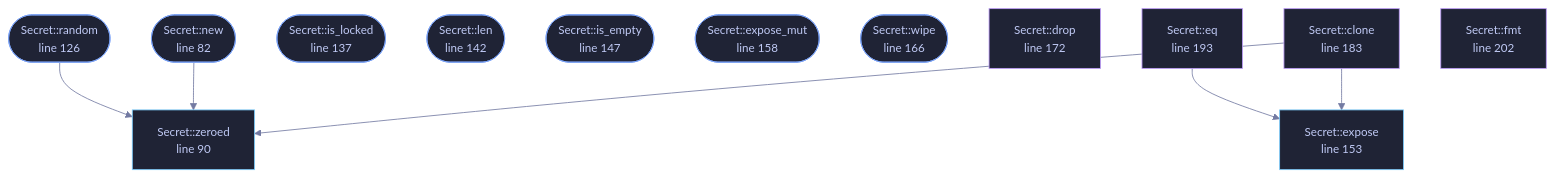
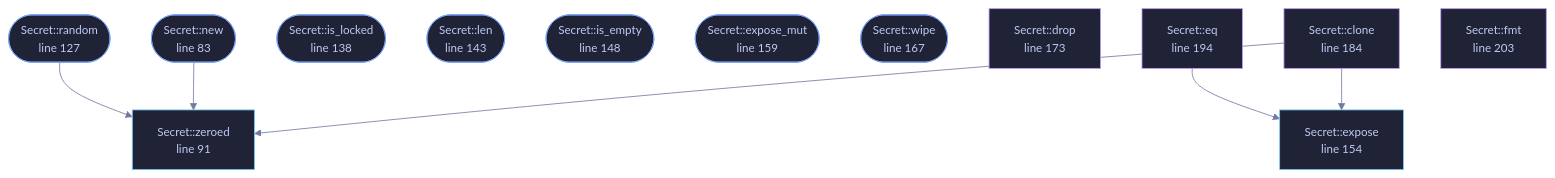
Before and after one commit to tilas01/veilvoice: the diagram in docs/files/veilvoice-crypto/amnesia.md, drawn with Mermaid. The commit also changed other lines of this file and 108 other files, not shown here.

````diff
--- a/docs/files/veilvoice-crypto/amnesia.md
+++ b/docs/files/veilvoice-crypto/amnesia.md
@@ -123,41 +124,41 @@
 ```mermaid
 %%{init: {"theme":"base","themeVariables":{"background":"#1a1b26","primaryColor":"#1f2335","primaryTextColor":"#c0caf5","primaryBorderColor":"#7aa2f7","secondaryColor":"#16161e","tertiaryColor":"#16161e","lineColor":"#737aa2","textColor":"#c0caf5","mainBkg":"#1f2335","nodeBorder":"#7aa2f7","clusterBkg":"#16161e","clusterBorder":"#2f3549","fontFamily":"ui-monospace, SFMono-Regular, Consolas, monospace","fontSize":"14px"}}}%%
 flowchart TD
-    n_new(["Secret::new<br/>line 82"])
-    n_zeroed["Secret::zeroed<br/>line 90"]
-    n_random(["Secret::random<br/>line 126"])
-    n_is_locked(["Secret::is_locked<br/>line 137"])
-    n_len(["Secret::len<br/>line 142"])
-    n_is_empty(["Secret::is_empty<br/>line 147"])
-    n_expose["Secret::expose<br/>line 153"]
-    n_expose_mut(["Secret::expose_mut<br/>line 158"])
-    n_wipe(["Secret::wipe<br/>line 166"])
-    n_drop["Secret::drop<br/>line 172"]
-    n_clone["Secret::clone<br/>line 183"]
-    n_eq["Secret::eq<br/>line 193"]
-    n_fmt["Secret::fmt<br/>line 202"]
+    n_new(["Secret::new<br/>line 83"])
+    n_zeroed["Secret::zeroed<br/>line 91"]
+    n_random(["Secret::random<br/>line 127"])
+    n_is_locked(["Secret::is_locked<br/>line 138"])
+    n_len(["Secret::len<br/>line 143"])
+    n_is_empty(["Secret::is_empty<br/>line 148"])
+    n_expose["Secret::expose<br/>line 154"]
+    n_expose_mut(["Secret::expose_mut<br/>line 159"])
+    n_wipe(["Secret::wipe<br/>line 167"])
+    n_drop["Secret::drop<br/>line 173"]
+    n_clone["Secret::clone<br/>line 184"]
+    n_eq["Secret::eq<br/>line 194"]
+    n_fmt["Secret::fmt<br/>line 203"]
     n_clone --> n_expose
     n_clone --> n_zeroed
     n_eq --> n_expose
     n_new --> n_zeroed
     n_random --> n_zeroed
-    click n_new href "https://github.com/tilas01/veilvoice/blob/main/crates/veilvoice-crypto/src/amnesia.rs#L82" "open the source"
-    click n_zeroed href "https://github.com/tilas01/veilvoice/blob/main/crates/veilvoice-crypto/src/amnesia.rs#L90" "open the source"
-    click n_random href "https://github.com/tilas01/veilvoice/blob/main/crates/veilvoice-crypto/src/amnesia.rs#L126" "open the source"
-    click n_is_locked href "https://github.com/tilas01/veilvoice/blob/main/crates/veilvoice-crypto/src/amnesia.rs#L137" "open the source"
-    click n_len href "https://github.com/tilas01/veilvoice/blob/main/crates/veilvoice-crypto/src/amnesia.rs#L142" "open the source"
-    click n_is_empty href "https://github.com/tilas01/veilvoice/blob/main/crates/veilvoice-crypto/src/amnesia.rs#L147" "open the source"
-    click n_expose href "https://github.com/tilas01/veilvoice/blob/main/crates/veilvoice-crypto/src/amnesia.rs#L153" "open the source"
-    click n_expose_mut href "https://github.com/tilas01/veilvoice/blob/main/crates/veilvoice-crypto/src/amnesia.rs#L158" "open the source"
-    click n_wipe href "https://github.com/tilas01/veilvoice/blob/main/crates/veilvoice-crypto/src/amnesia.rs#L166" "open the source"
-    click n_drop href "https://github.com/tilas01/veilvoice/blob/main/crates/veilvoice-crypto/src/amnesia.rs#L172" "open the source"
-    click n_clone href "https://github.com/tilas01/veilvoice/blob/main/crates/veilvoice-crypto/src/amnesia.rs#L183" "open the source"
-    click n_eq href "https://github.com/tilas01/veilvoice/blob/main/crates/veilvoice-crypto/src/amnesia.rs#L193" "open the source"
-    click n_fmt href "https://github.com/tilas01/veilvoice/blob/main/crates/veilvoice-crypto/src/amnesia.rs#L202" "open the source"
+    click n_new href "https://github.com/tilas01/veilvoice/blob/main/crates/veilvoice-crypto/src/amnesia.rs#L83" "open the source"
+    click n_zeroed href "https://github.com/tilas01/veilvoice/blob/main/crates/veilvoice-crypto/src/amnesia.rs#L91" "open the source"
+    click n_random href "https://github.com/tilas01/veilvoice/blob/main/crates/veilvoice-crypto/src/amnesia.rs#L127" "open the source"
+    click n_is_locked href "https://github.com/tilas01/veilvoice/blob/main/crates/veilvoice-crypto/src/amnesia.rs#L138" "open the source"
+    click n_len href "https://github.com/tilas01/veilvoice/blob/main/crates/veilvoice-crypto/src/amnesia.rs#L143" "open the source"
+    click n_is_empty href "https://github.com/tilas01/veilvoice/blob/main/crates/veilvoice-crypto/src/amnesia.rs#L148" "open the source"
+    click n_expose href "https://github.com/tilas01/veilvoice/blob/main/crates/veilvoice-crypto/src/amnesia.rs#L154" "open the source"
+    click n_expose_mut href "https://github.com/tilas01/veilvoice/blob/main/crates/veilvoice-crypto/src/amnesia.rs#L159" "open the source"
+    click n_wipe href "https://github.com/tilas01/veilvoice/blob/main/crates/veilvoice-crypto/src/amnesia.rs#L167" "open the source"
+    click n_drop href "https://github.com/tilas01/veilvoice/blob/main/crates/veilvoice-crypto/src/amnesia.rs#L173" "open the source"
+    click n_clone href "https://github.com/tilas01/veilvoice/blob/main/crates/veilvoice-crypto/src/amnesia.rs#L184" "open the source"
+    click n_eq href "https://github.com/tilas01/veilvoice/blob/main/crates/veilvoice-crypto/src/amnesia.rs#L194" "open the source"
+    click n_fmt href "https://github.com/tilas01/veilvoice/blob/main/crates/veilvoice-crypto/src/amnesia.rs#L203" "open the source"
     classDef entry fill:#1f2335,stroke:#7aa2f7,color:#c0caf5
     class n_new,n_random,n_is_locked,n_len,n_is_empty,n_expose_mut,n_wipe entry
     classDef api fill:#1f2335,stroke:#7dcfff,color:#c0caf5
     class n_zeroed,n_expose api
     classDef helper fill:#1f2335,stroke:#bb9af7,color:#c0caf5
     class n_drop,n_clone,n_eq,n_fmt helper
 ```
````
